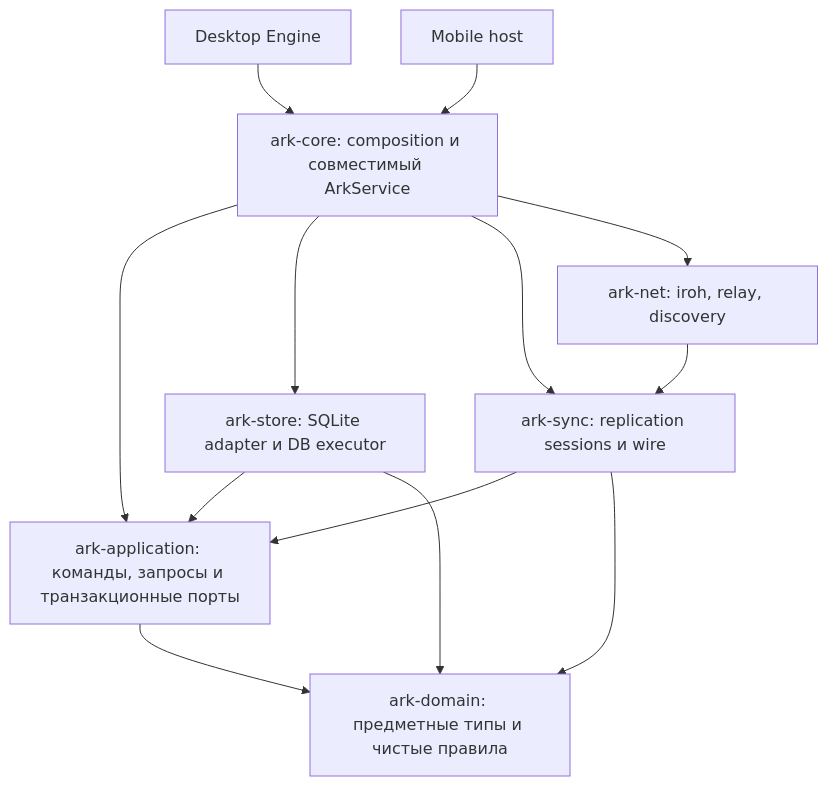
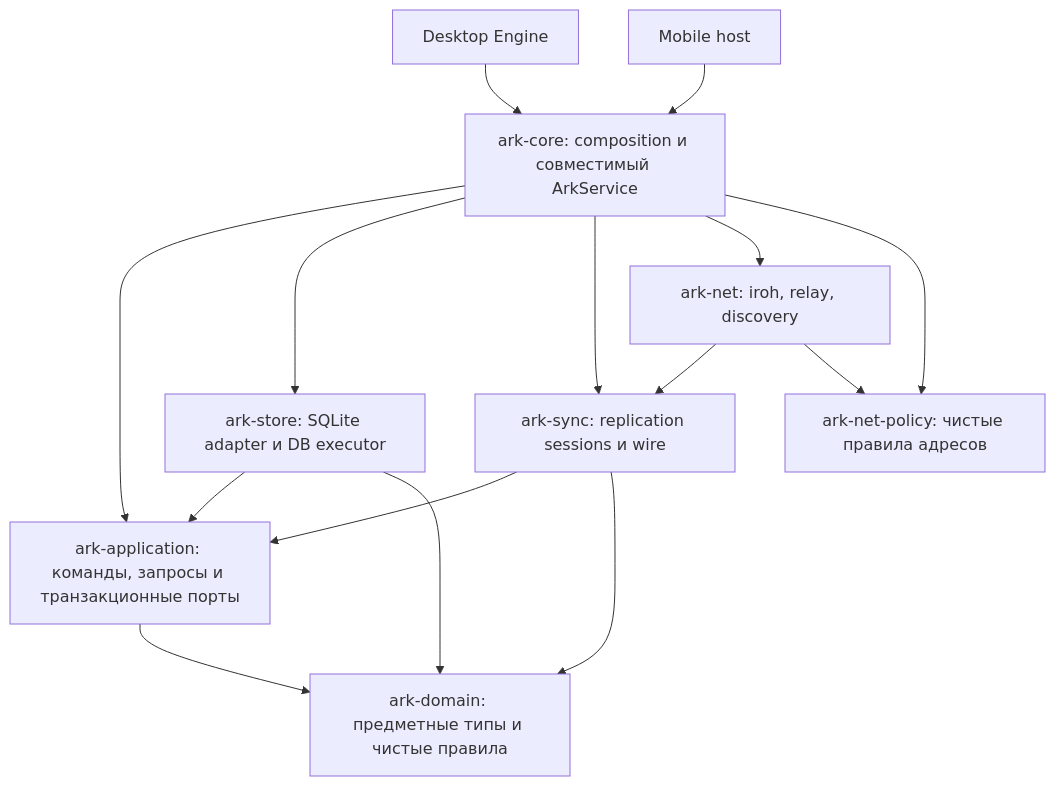
One commit to makekosmos/cortex changed the diagram in docs/ark-exocortex.md. Above: the diagram before and after it, drawn with Mermaid. The commit also changed other lines of this file and 9 other files, not shown here.

Commit message:
refactor(ark): extract address policy crate

````diff
--- a/docs/ark-exocortex.md
+++ b/docs/ark-exocortex.md
@@ -51,15 +51,17 @@
 ```mermaid
 graph TD
     Desktop[Desktop Engine] --> Core[ark-core: composition и совместимый ArkService]
     Mobile[Mobile host] --> Core
     Core --> App[ark-application: команды, запросы и транзакционные порты]
     Core --> Store[ark-store: SQLite adapter и DB executor]
     Core --> Sync[ark-sync: replication sessions и wire]
     Core --> Net[ark-net: iroh, relay, discovery]
+    Core --> NetPolicy[ark-net-policy: чистые правила адресов]
     Net --> Sync
+    Net --> NetPolicy
     Sync --> App
     Store --> App
     App --> Domain[ark-domain: предметные типы и чистые правила]
     Store --> Domain
     Sync --> Domain
 ```
````
